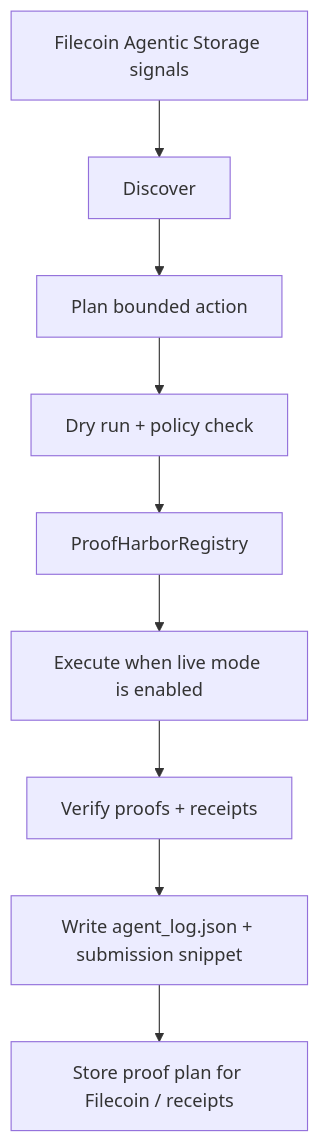
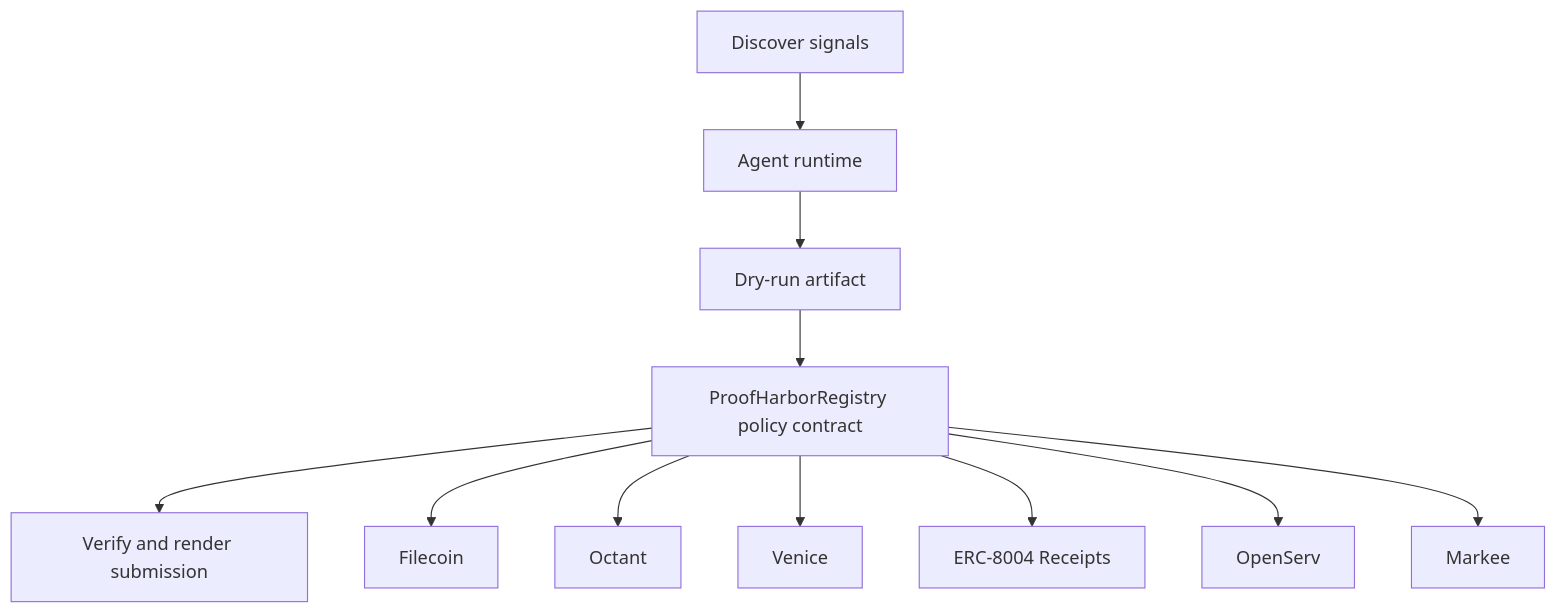
One commit to CrystallineButterfly/Synthesis-Filecoin changed the diagram in docs/architecture.mmd. Above: the diagram before and after it, drawn with Mermaid. The commit also changed 998 other files, not shown here.

Commit message:
Implement bounded agent runtime

```diff
--- a/docs/architecture.mmd
+++ b/docs/architecture.mmd
@@ -1,9 +1,13 @@
 flowchart TD
-    Signals[Filecoin Agentic Storage signals] --> Discover[Discover]
-    Discover --> Plan[Plan bounded action]
-    Plan --> DryRun[Dry run + policy check]
-    DryRun --> Guard[ProofHarborRegistry]
-    Guard --> Execute[Execute when live mode is enabled]
-    Execute --> Verify[Verify proofs + receipts]
-    Verify --> Persist[Write agent_log.json + submission snippet]
-    Persist --> Storage[Store proof plan for Filecoin / receipts]
+    Signals[Discover signals]
+    Planner[Agent runtime]
+    DryRun[Dry-run artifact]
+    Contract[ProofHarborRegistry policy contract]
+    Verify[Verify and render submission]
+    Signals --> Planner --> DryRun --> Contract --> Verify
+    Contract --> filecoin[Filecoin]
+    Contract --> octant[Octant]
+    Contract --> venice[Venice]
+    Contract --> erc_8004_receipts[ERC-8004 Receipts]
+    Contract --> openserv[OpenServ]
+    Contract --> markee[Markee]
```
